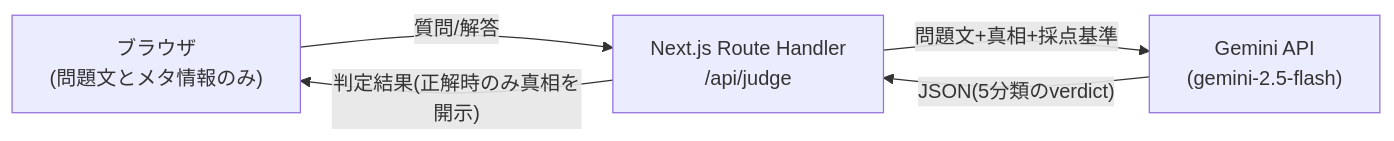
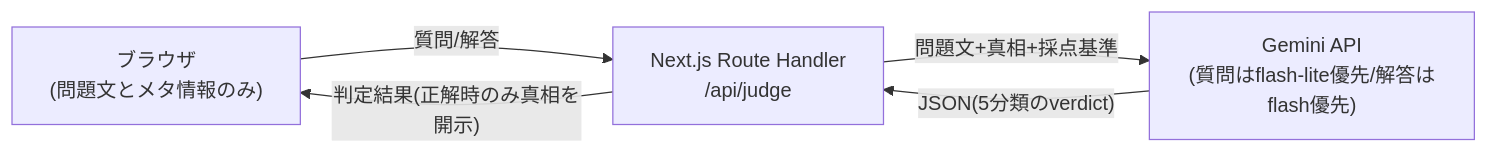
Before and after one commit to Takizyyyy/umigame: the diagram in README.md, drawn with Mermaid. The commit also changed other lines of this file, not shown here.

Commit message:
READMEのシェアURL文字数とmermaid図の記載を実測に合わせて修正
「30回分の質問でもURLは300字程度」は誇張だった。実際のメッセージ長で
再現テストしたところ実測は1000字前後(内容次第で変動)。mermaid図も
質問判定にflash-liteを優先している実装と一致するよう記載を修正した。

````diff
--- a/README.md
+++ b/README.md
@@ -36,7 +36,7 @@
 ```mermaid
 flowchart LR
     A["ブラウザ<br>(問題文とメタ情報のみ)"] -- 質問/解答 --> B["Next.js Route Handler<br>/api/judge"]
-    B -- "問題文+真相+採点基準" --> C["Gemini API<br>(gemini-2.5-flash)"]
+    B -- "問題文+真相+採点基準" --> C["Gemini API<br>(質問はflash-lite優先/解答はflash優先)"]
     C -- "JSON(5分類のverdict)" --> B
     B -- "判定結果(正解時のみ真相を開示)" --> A
 ```
````
